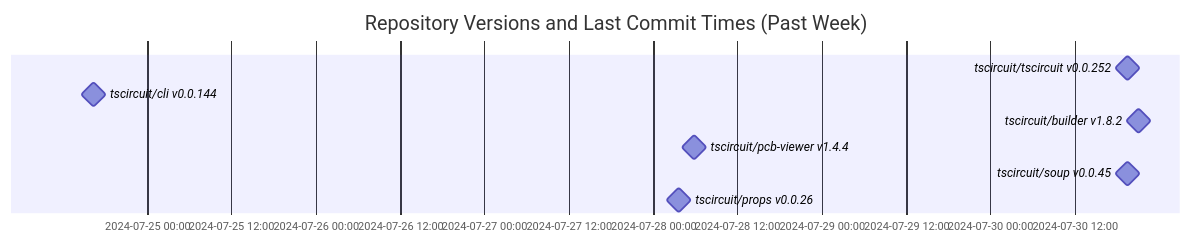
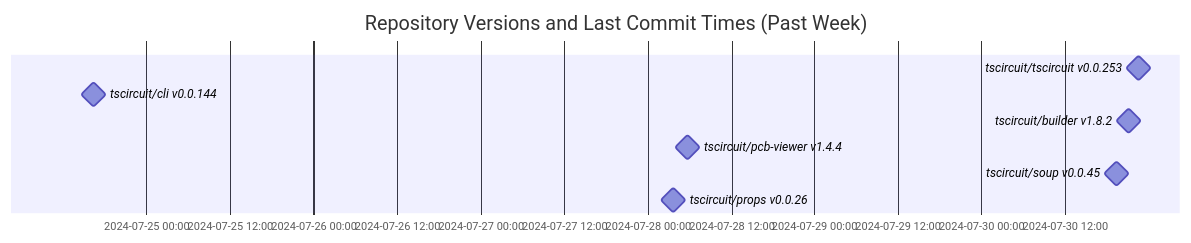
Before and after one commit to tscircuit/version-tracker: the diagram in README.md, drawn with Mermaid.

Commit message:
Update chart

````diff
--- a/README.md
+++ b/README.md
@@ -1,13 +1,13 @@
 ```mermaid
 gantt
   dateFormat  YYYY-MM-DD HH:mm:ss
   title Repository Versions and Last Commit Times (Past Week)
   axisFormat %Y-%m-%d %H:%M
 
-  tscircuit/tscircuit v0.0.252 : milestone, 2024-07-30 19:30:25, 1s
+  tscircuit/tscircuit v0.0.253 : milestone, 2024-07-30 22:33:23, 1s
   tscircuit/cli v0.0.144 : milestone, 2024-07-24 16:24:13, 1s
   tscircuit/builder v1.8.2 : milestone, 2024-07-30 21:04:30, 1s
   tscircuit/pcb-viewer v1.4.4 : milestone, 2024-07-28 05:46:25, 1s
   tscircuit/soup v0.0.45 : milestone, 2024-07-30 19:26:24, 1s
   tscircuit/props v0.0.26 : milestone, 2024-07-28 03:42:14, 1s
 ```
````
